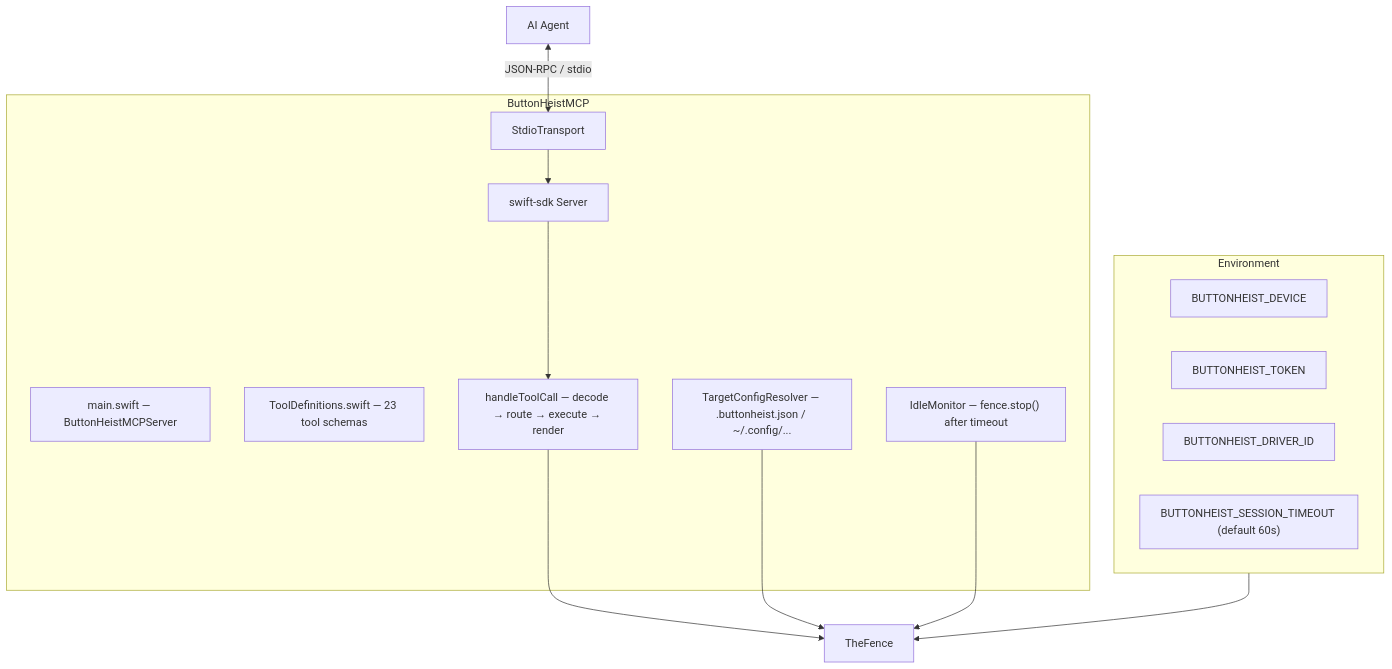
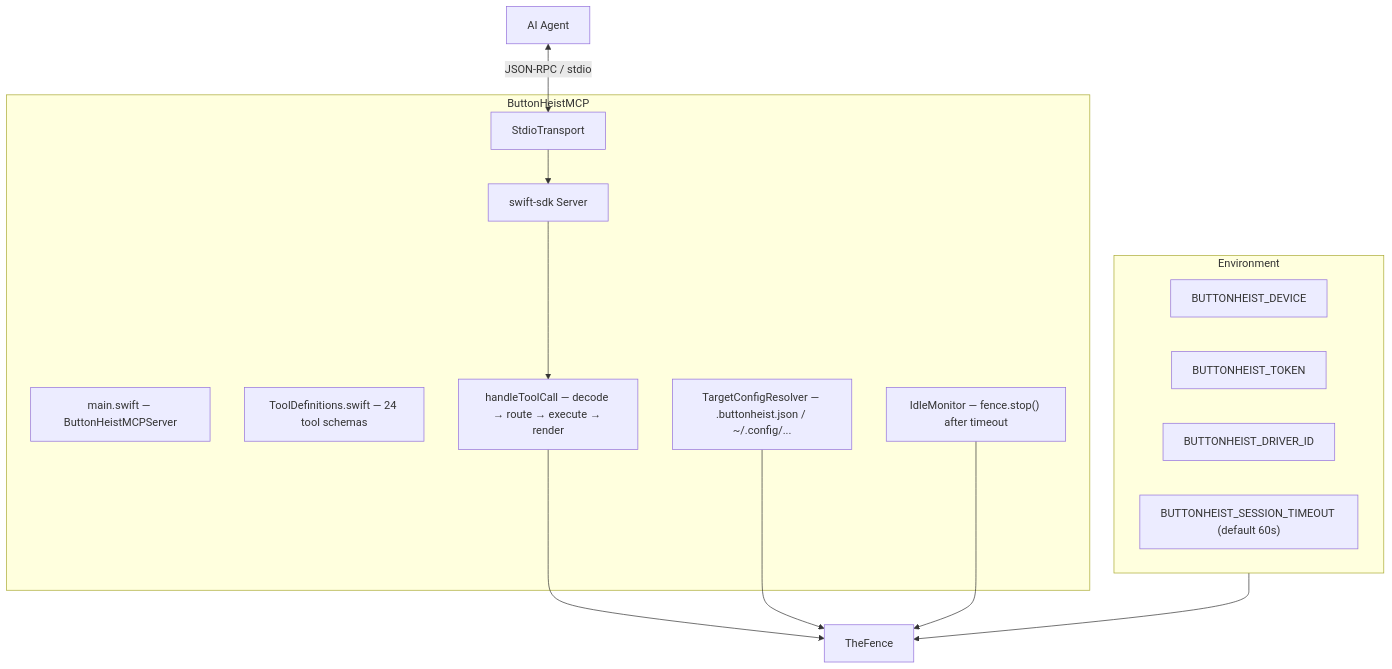
One commit to RoyalPineapple/TheButtonHeist changed the first of 2 diagrams in docs/dossiers/02-MCP.md. Above: the diagram before and after it, drawn with Mermaid. The commit also changed other lines of this file and 3 other files, not shown here.

Commit message:
Derive MCP expect schema from parameter specs

````diff
--- a/docs/dossiers/02-MCP.md
+++ b/docs/dossiers/02-MCP.md
@@ -30,27 +30,27 @@
 ```mermaid
 graph TD
     subgraph MCP["ButtonHeistMCP"]
         Main["main.swift — ButtonHeistMCPServer"]
         Server["swift-sdk Server"]
         Transport["StdioTransport"]
-        Tools["ToolDefinitions.swift — 23 tool schemas"]
+        Tools["ToolDefinitions.swift — 24 tool schemas"]
         Handler["handleToolCall — decode → route → execute → render"]
         Idle["IdleMonitor — fence.stop() after timeout"]
         Config["TargetConfigResolver — .buttonheist.json / ~/.config/..."]
     end
 
     subgraph Env["Environment"]
         Device["BUTTONHEIST_DEVICE"]
         Token["BUTTONHEIST_TOKEN"]
         Driver["BUTTONHEIST_DRIVER_ID"]
         Timeout["BUTTONHEIST_SESSION_TIMEOUT (default 60s)"]
     end
 
     Agent["AI Agent"] <-->|JSON-RPC / stdio| Transport
     Transport --> Server
     Server --> Handler
     Handler --> TheFence["TheFence"]
     Config --> TheFence
     Env --> TheFence
     Idle --> TheFence
 ```
````
